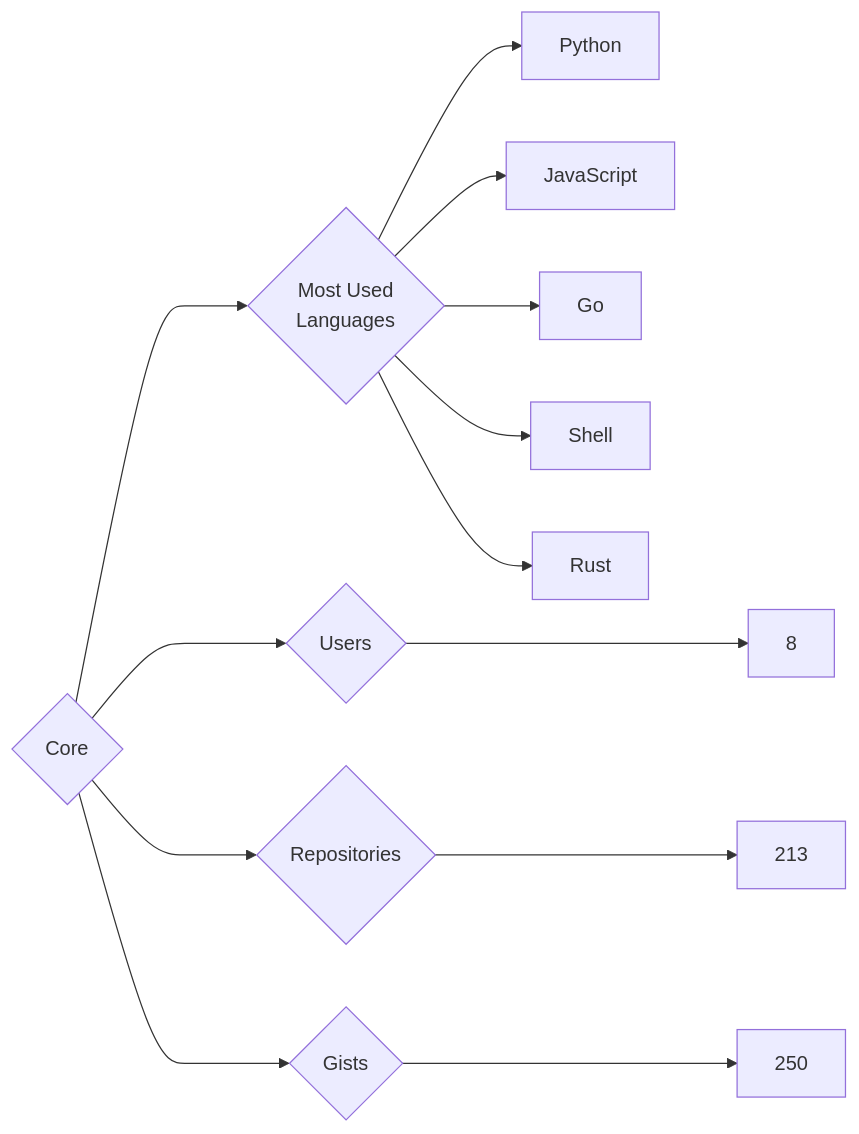
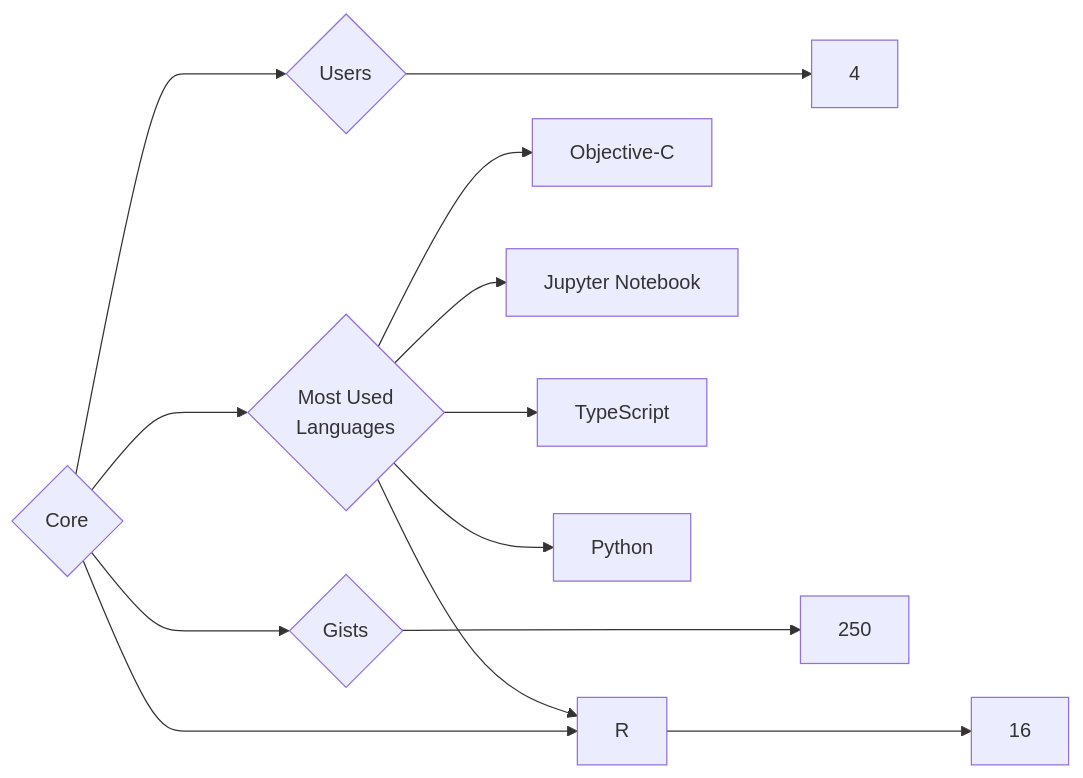
One commit to trickest/insiders changed the diagram in targets/Core/README.md. Above: the diagram before and after it, drawn with Mermaid. The commit also changed 934 other files, not shown here.

````diff
--- a/targets/Core/README.md
+++ b/targets/Core/README.md
@@ -3,13 +3,13 @@
 ```mermaid
 graph LR
 COMPANY_NAME{Core}
-COMPANY_NAME ---> U{Users} ---> UN[8]
-COMPANY_NAME ---> R{Repositories} ---> RN[213]
+COMPANY_NAME ---> U{Users} ---> UN[4]
+COMPANY_NAME ---> R{Repositories} ---> RN[16]
 COMPANY_NAME ---> G{Gists} ---> GN[250]
 COMPANY_NAME ---> ML{Most Used<br>Languages}
+ML --> Objective-C[Objective-C]
+ML --> Jupyter_Notebook[Jupyter Notebook]
+ML --> R[R]
+ML --> TypeScript[TypeScript]
 ML --> Python[Python]
-ML --> JavaScript[JavaScript]
-ML --> Go[Go]
-ML --> Shell[Shell]
-ML --> Rust[Rust]
 ```
````
